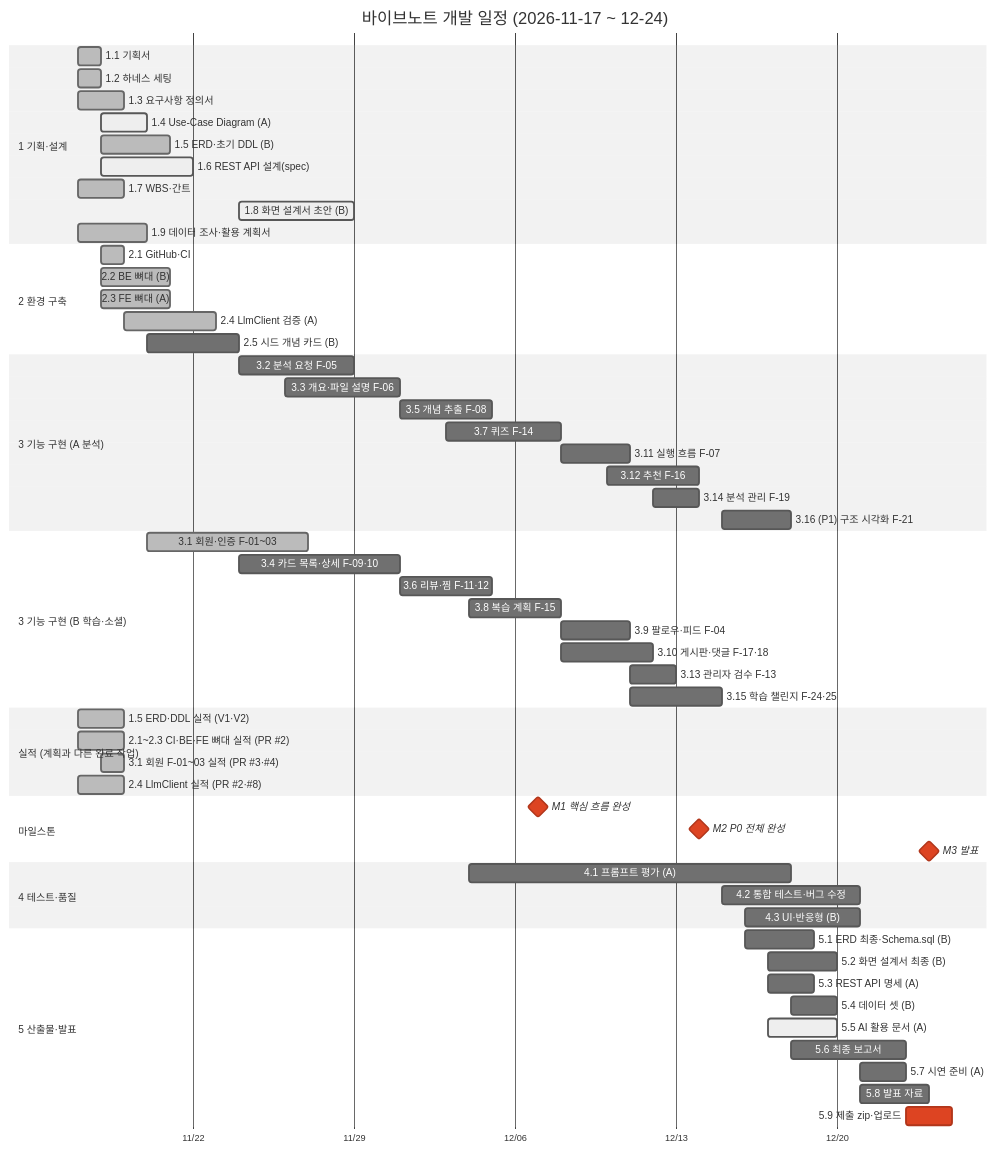
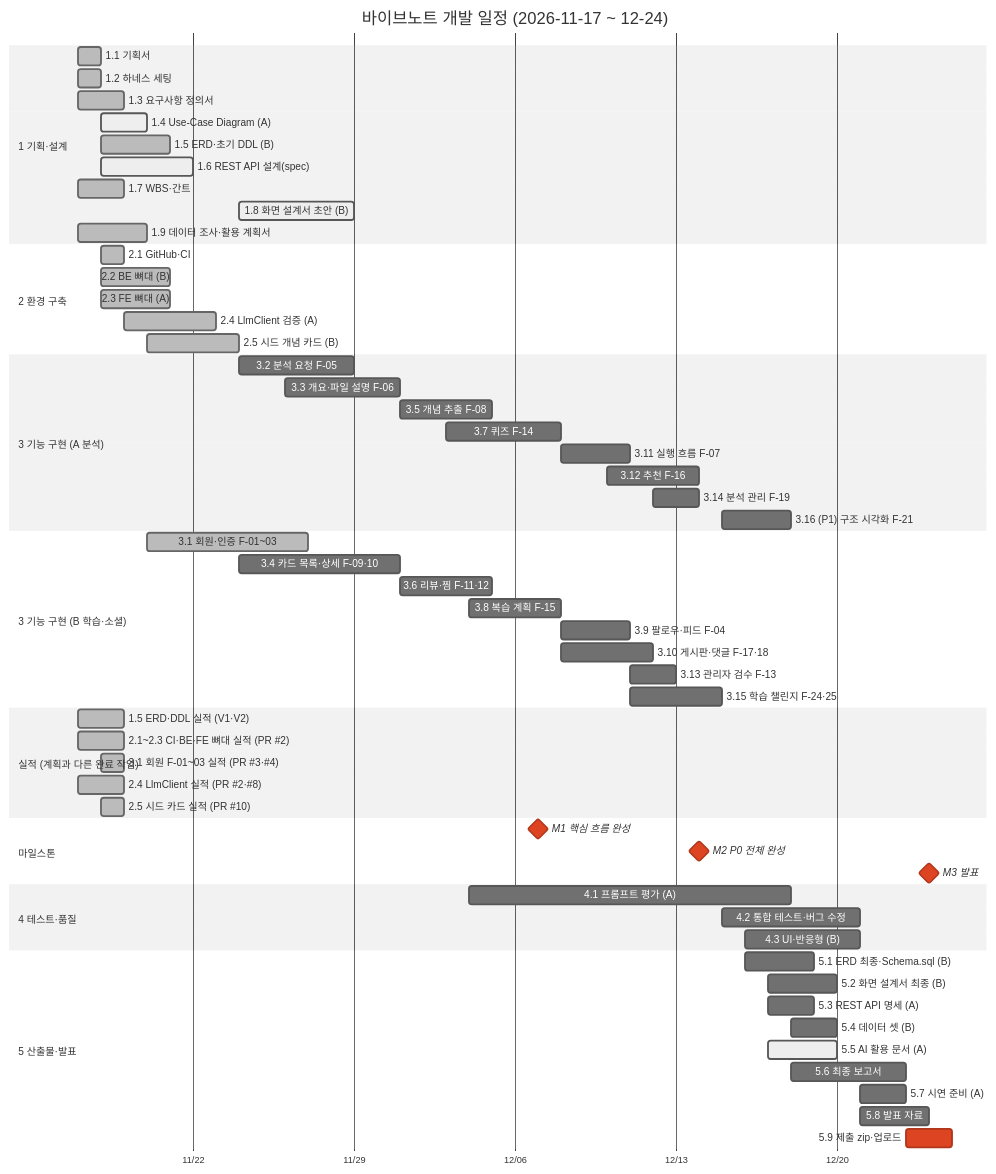
One commit to whans1996/final changed the diagram in docs/산출물/05-간트차트.md. Above: the diagram before and after it, drawn with Mermaid (neutral theme). The commit also changed 4 other files, not shown here.

````diff
--- a/docs/산출물/05-간트차트.md
+++ b/docs/산출물/05-간트차트.md
@@ -7,72 +7,73 @@
 ```mermaid
 gantt
   title 바이브노트 개발 일정 (2026-11-17 ~ 12-24)
   dateFormat YYYY-MM-DD
   axisFormat %m/%d
   todayMarker off
 
   section 1 기획·설계
   1.1 기획서                     :done,    t11, 2026-11-17, 1d
   1.2 하네스 세팅                :done,    t12, 2026-11-17, 1d
   1.3 요구사항 정의서            :done,    t13, 2026-11-17, 2d
   1.4 Use-Case Diagram (A)       :active,  t14, 2026-11-18, 2d
   1.5 ERD·초기 DDL (B)           :done,    t15, 2026-11-18, 3d
   1.6 REST API 설계(spec)        :active,  t16, 2026-11-18, 4d
   1.7 WBS·간트                   :done,    t17, 2026-11-17, 2d
   1.8 화면 설계서 초안 (B)       :active,  t18, 2026-11-24, 5d
   1.9 데이터 조사·활용 계획서    :done,    t19, 2026-11-17, 3d
 
   section 2 환경 구축
   2.1 GitHub·CI                  :done,    t21, 2026-11-18, 1d
   2.2 BE 뼈대 (B)                :done,    t22, 2026-11-18, 3d
   2.3 FE 뼈대 (A)                :done,    t23, 2026-11-18, 3d
   2.4 LlmClient 검증 (A)         :done,    t24, 2026-11-19, 4d
-  2.5 시드 개념 카드 (B)         :         t25, 2026-11-20, 4d
+  2.5 시드 개념 카드 (B)         :done,    t25, 2026-11-20, 4d
 
   section 3 기능 구현 (A 분석)
   3.2 분석 요청 F-05             :         t32, 2026-11-24, 5d
   3.3 개요·파일 설명 F-06        :         t33, 2026-11-26, 5d
   3.5 개념 추출 F-08             :         t35, 2026-12-01, 4d
   3.7 퀴즈 F-14                  :         t37, 2026-12-03, 5d
   3.11 실행 흐름 F-07            :         t311, 2026-12-08, 3d
   3.12 추천 F-16                 :         t312, 2026-12-10, 4d
   3.14 분석 관리 F-19            :         t314, 2026-12-12, 2d
   3.16 (P1) 구조 시각화 F-21     :         t316, 2026-12-15, 3d
 
   section 3 기능 구현 (B 학습·소셜)
   3.1 회원·인증 F-01~03          :done,    t31, 2026-11-20, 7d
   3.4 카드 목록·상세 F-09·10     :         t34, 2026-11-24, 7d
   3.6 리뷰·찜 F-11·12            :         t36, 2026-12-01, 4d
   3.8 복습 계획 F-15             :         t38, 2026-12-04, 4d
   3.9 팔로우·피드 F-04           :         t39, 2026-12-08, 3d
   3.10 게시판·댓글 F-17·18       :         t310, 2026-12-08, 4d
   3.13 관리자 검수 F-13          :         t313, 2026-12-11, 2d
   3.15 학습 챌린지 F-24·25       :         t315, 2026-12-11, 4d
 
   section 실적 (계획과 다른 완료 작업)
   1.5 ERD·DDL 실적 (V1·V2)       :done,    a15, 2026-11-17, 2d
   2.1~2.3 CI·BE·FE 뼈대 실적 (PR #2) :done, a21, 2026-11-17, 2d
   3.1 회원 F-01~03 실적 (PR #3·#4) :done,  a31, 2026-11-18, 1d
   2.4 LlmClient 실적 (PR #2·#8) :done,    a24, 2026-11-17, 2d
+  2.5 시드 카드 실적 (PR #10)    :done,    a25, 2026-11-18, 1d
 
   section 마일스톤
   M1 핵심 흐름 완성              :milestone, crit, m1, 2026-12-07, 0d
   M2 P0 전체 완성                :milestone, crit, m2, 2026-12-14, 0d
   M3 발표                        :milestone, crit, m3, 2026-12-24, 0d
 
   section 4 테스트·품질
   4.1 프롬프트 평가 (A)          :         t41, 2026-12-04, 14d
   4.2 통합 테스트·버그 수정      :         t42, 2026-12-15, 6d
   4.3 UI·반응형 (B)              :         t43, 2026-12-16, 5d
 
   section 5 산출물·발표
   5.1 ERD 최종·Schema.sql (B)    :         t51, 2026-12-16, 3d
   5.2 화면 설계서 최종 (B)       :         t52, 2026-12-17, 3d
   5.3 REST API 명세 (A)          :         t53, 2026-12-17, 2d
   5.4 데이터 셋 (B)              :         t54, 2026-12-18, 2d
   5.5 AI 활용 문서 (A)           :active,  t55, 2026-12-17, 3d
   5.6 최종 보고서                :         t56, 2026-12-18, 5d
   5.7 시연 준비 (A)              :         t57, 2026-12-21, 2d
   5.8 발표 자료                  :         t58, 2026-12-21, 3d
   5.9 제출 zip·업로드            :crit,    t59, 2026-12-23, 2d
 ```
````
